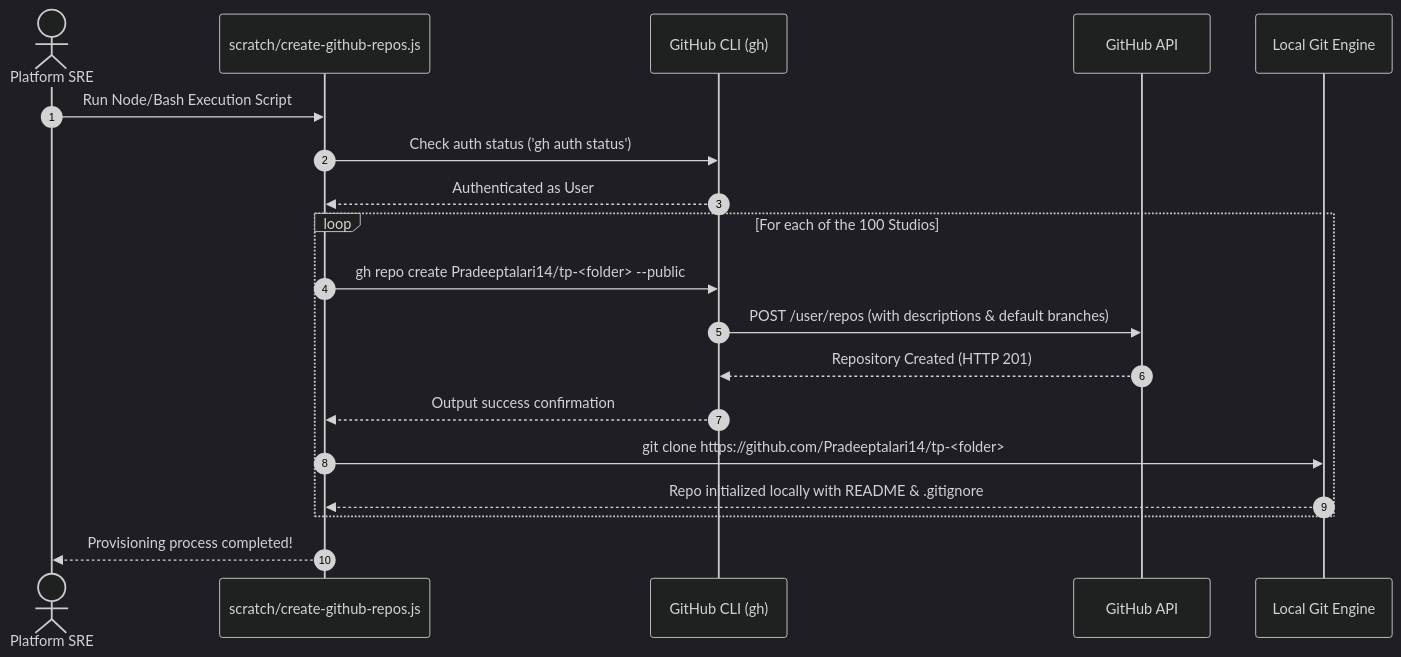
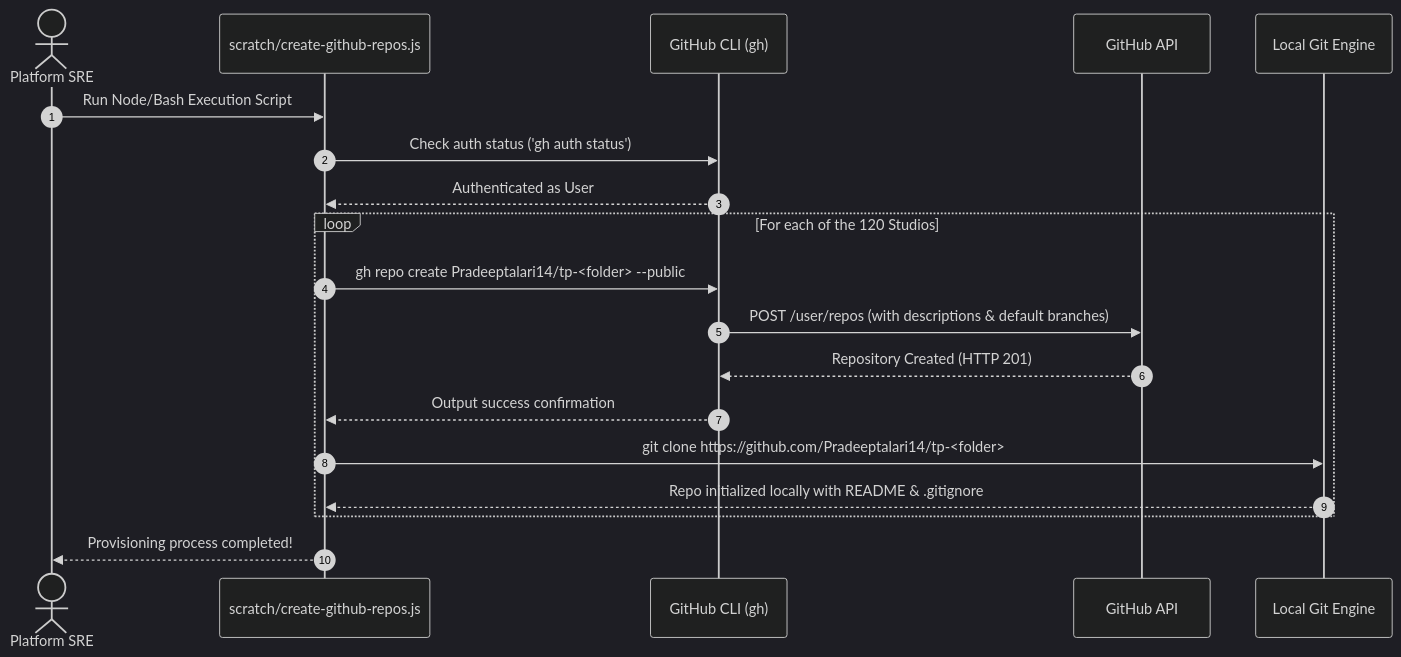
One commit to Pradeeptalari14/portfolio changed the first of 2 diagrams in GITHUB_PROVISIONING_GUIDE.md. Above: the diagram before and after it, drawn with Mermaid (dark theme). The commit also changed other lines of this file and 47 other files, not shown here.

````diff
--- a/GITHUB_PROVISIONING_GUIDE.md
+++ b/GITHUB_PROVISIONING_GUIDE.md
@@ -25,22 +25,22 @@
 ```mermaid
 sequenceDiagram
     autonumber
     actor Engineer as Platform SRE
     participant Script as scratch/create-github-repos.js
     participant gh as GitHub CLI (gh)
     participant API as GitHub API
     participant Git as Local Git Engine
 
     Engineer->>Script: Run Node/Bash Execution Script
     Script->>gh: Check auth status ('gh auth status')
     gh-->>Script: Authenticated as User
-    loop For each of the 100 Studios
+    loop For each of the 120 Studios
         Script->>gh: gh repo create Pradeeptalari14/tp-<folder> --public
         gh->>API: POST /user/repos (with descriptions & default branches)
         API-->>gh: Repository Created (HTTP 201)
         gh-->>Script: Output success confirmation
         Script->>Git: git clone https://github.com/Pradeeptalari14/tp-<folder>
         Git-->>Script: Repo initialized locally with README & .gitignore
     end
     Script-->>Engineer: Provisioning process completed!
 ```
````
